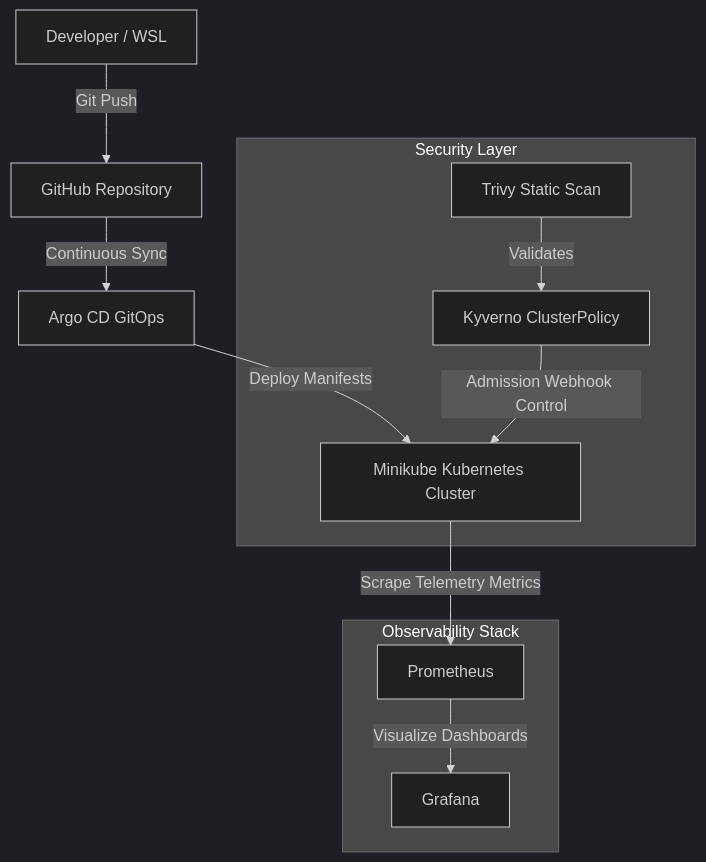
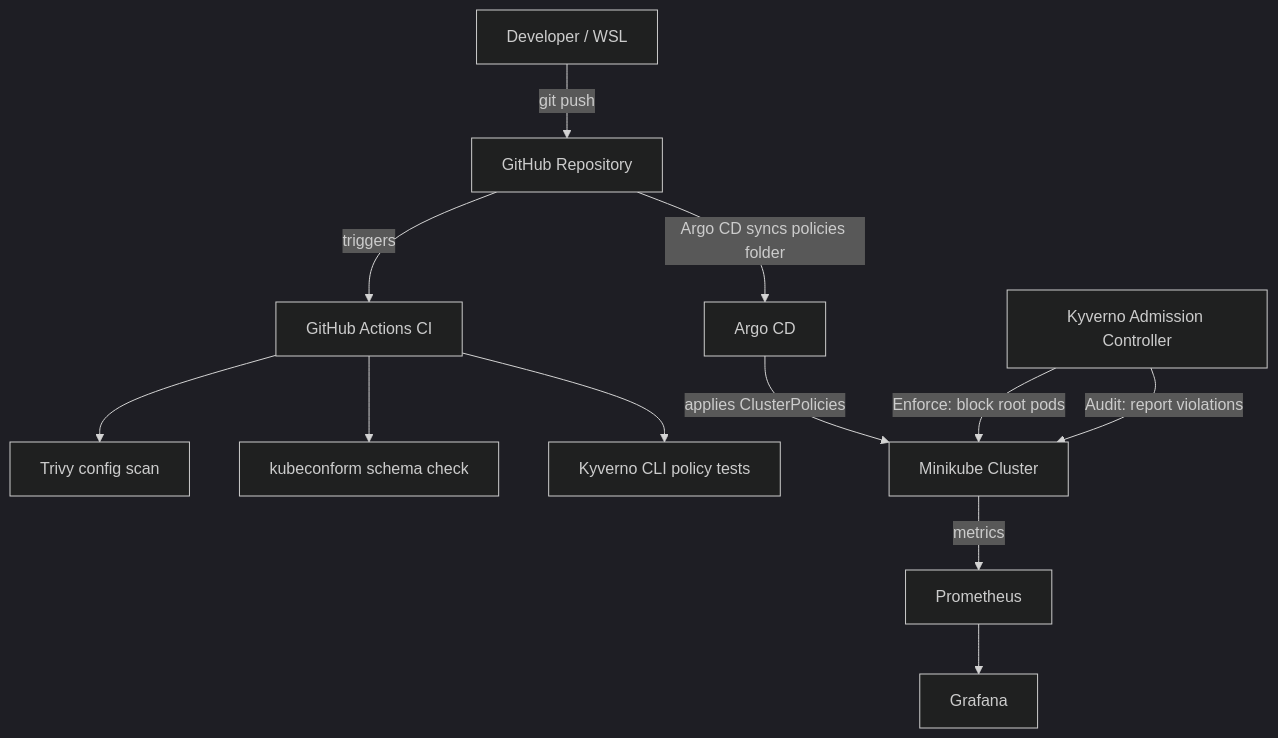
The diagram in README.md (Danishwani1999/k8s-gitops-observability), drawn with Mermaid (dark theme) before and after one commit. The commit also changed other lines of this file, not shown here.

Commit message:
Update README with verified results, CI, policies and known issues

````diff
--- a/README.md
+++ b/README.md
@@ -20,16 +20,18 @@
 ```mermaid
 graph TD
-    Developer[Developer / WSL] -->|Git Push| GitHub[GitHub Repository]
-    GitHub -->|Continuous Sync| ArgoCD[Argo CD GitOps]
-    ArgoCD -->|Deploy Manifests| K8s[Minikube Kubernetes Cluster]
-    
-    subgraph Security Layer
-        Trivy[Trivy Static Scan] -->|Validates| Policies[Kyverno ClusterPolicy]
-        Policies -->|Admission Webhook Control| K8s
-    end
+    Dev[Developer / WSL] -->|git push| GH[GitHub Repository]
 
-    subgraph Observability Stack
-        K8s -->|Scrape Telemetry Metrics| Prometheus[Prometheus]
-        Prometheus -->|Visualize Dashboards| Grafana[Grafana]
-    end
+    GH -->|triggers| CI[GitHub Actions CI]
+    CI --> T1[Trivy config scan]
+    CI --> T2[kubeconform schema check]
+    CI --> T3[Kyverno CLI policy tests]
+
+    GH -->|Argo CD syncs policies folder| Argo[Argo CD]
+    Argo -->|applies ClusterPolicies| K8s[Minikube Cluster]
+
+    Kyverno[Kyverno Admission Controller] -->|Enforce: block root pods| K8s
+    Kyverno -->|Audit: report violations| K8s
+
+    K8s -->|metrics| Prom[Prometheus]
+    Prom --> Graf[Grafana]
 ```
````
